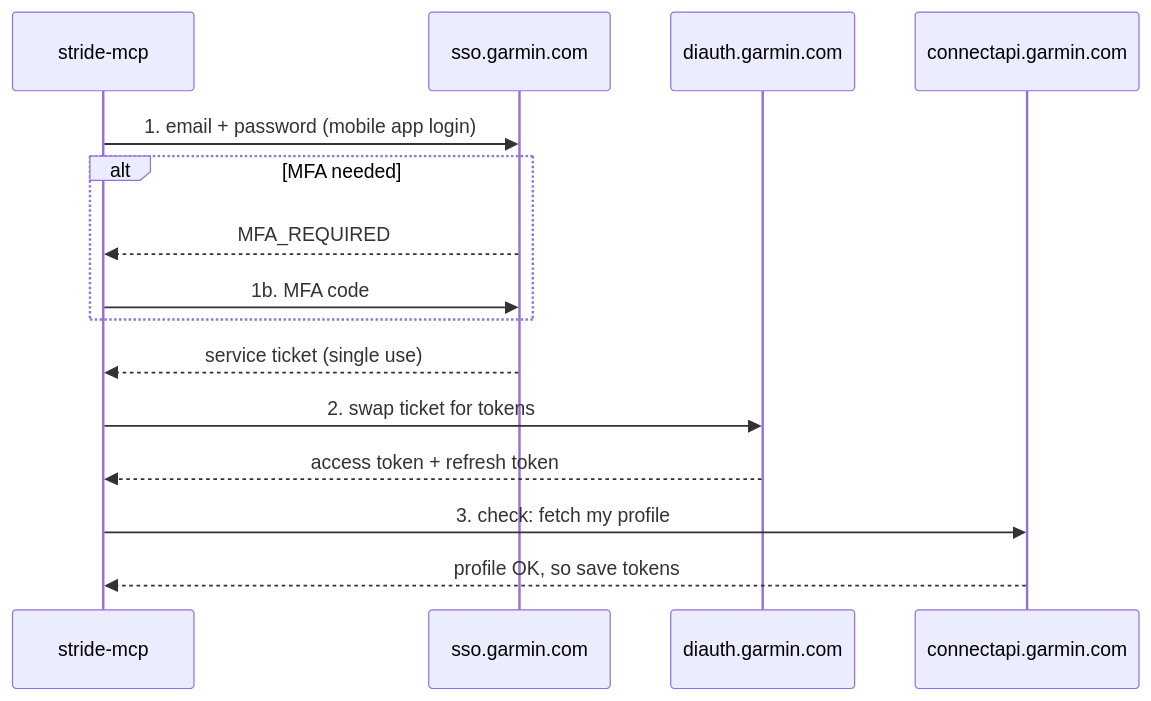
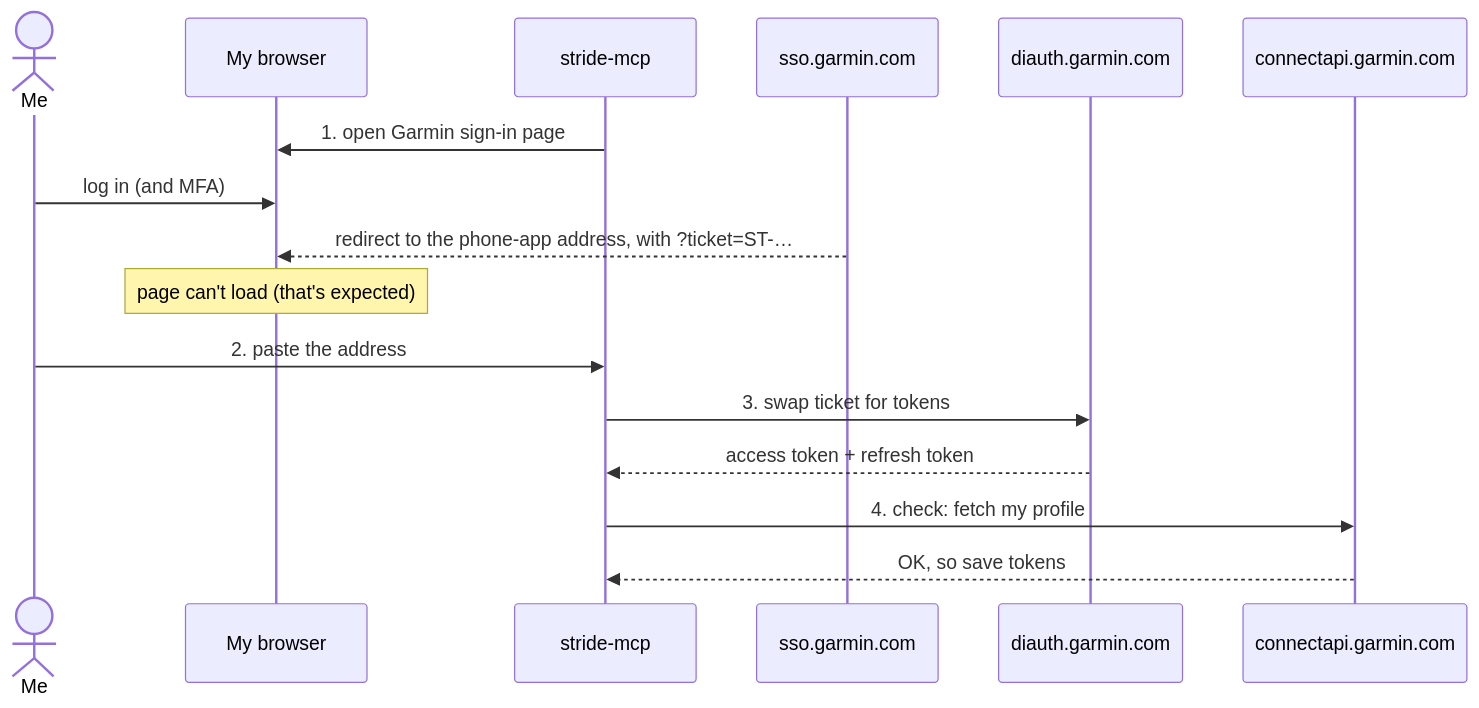
One commit to JamesRepo/stride-mcp changed the first of 2 diagrams in docs/phases/phase-1-login.md. Above: the diagram before and after it, drawn with Mermaid. The commit also changed other lines of this file and 4 other files, not shown here.

First line of the commit message:
Switch phase 1 to browser-based Garmin login

````diff
--- a/docs/phases/phase-1-login.md
+++ b/docs/phases/phase-1-login.md
@@ -27,17 +25,18 @@
 ```mermaid
 sequenceDiagram
+    actor Me
+    participant B as My browser
     participant S as stride-mcp
     participant SSO as sso.garmin.com
     participant DI as diauth.garmin.com
     participant API as connectapi.garmin.com
-    S->>SSO: 1. email + password (mobile app login)
-    alt MFA needed
-        SSO-->>S: MFA_REQUIRED
-        S->>SSO: 1b. MFA code
-    end
-    SSO-->>S: service ticket (single use)
-    S->>DI: 2. swap ticket for tokens
+    S->>B: 1. open Garmin sign-in page
+    Me->>B: log in (and MFA)
+    SSO-->>B: redirect to the phone-app address, with ?ticket=ST-…
+    Note over B: page can't load (that's expected)
+    Me->>S: 2. paste the address
+    S->>DI: 3. swap ticket for tokens
     DI-->>S: access token + refresh token
-    S->>API: 3. check: fetch my profile
-    API-->>S: profile OK, so save tokens
+    S->>API: 4. check: fetch my profile
+    API-->>S: OK, so save tokens
 ```
````
